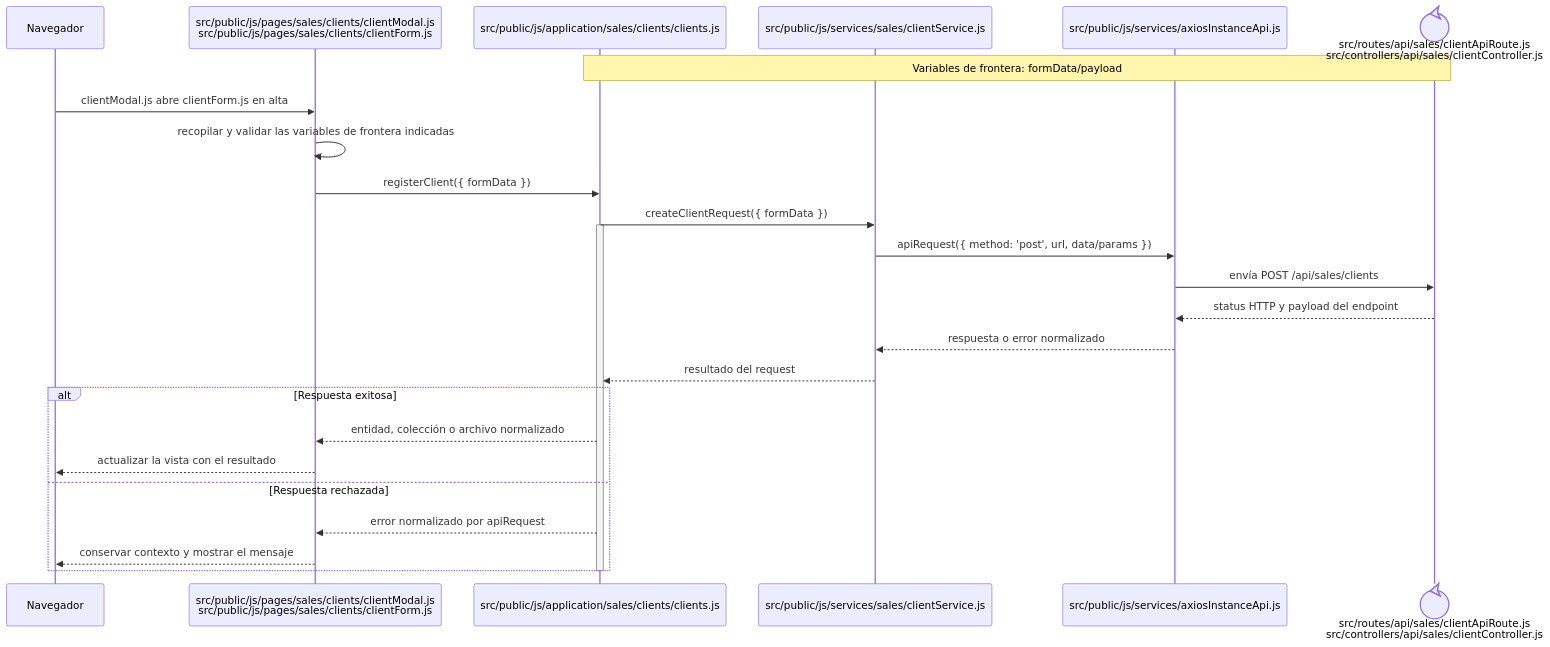
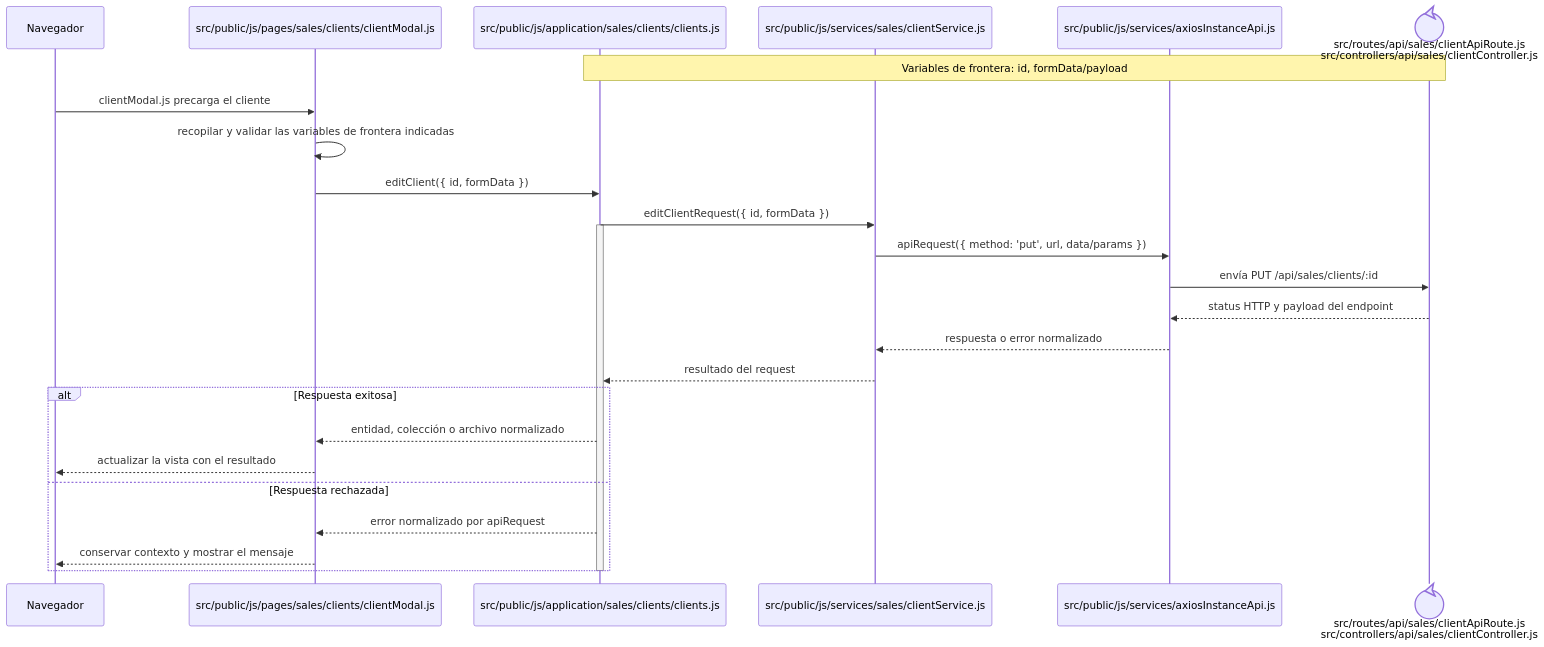
The diagram in docs/architecture/frontend-code-sequences/catalogs/cu-cat-16.md (gpgsistemas01/nexus), drawn with Mermaid before and after one commit. The commit also changed other lines of this file and 207 other files, not shown here.

````diff
--- a/docs/architecture/frontend-code-sequences/catalogs/cu-cat-16.md
+++ b/docs/architecture/frontend-code-sequences/catalogs/cu-cat-16.md
@@ -6,29 +6,29 @@
 ```mermaid
 sequenceDiagram
     participant Browser as Navegador
-    participant View as src/public/js/pages/sales/clients/clientModal.js<br/>src/public/js/pages/sales/clients/clientForm.js
+    participant View as src/public/js/pages/sales/clients/clientModal.js
     participant Application as src/public/js/application/sales/clients/clients.js
     participant Request as src/public/js/services/sales/clientService.js
     participant HTTP as src/public/js/services/axiosInstanceApi.js
     participant Transport@{ "type": "control" } as src/routes/api/sales/clientApiRoute.js<br/>src/controllers/api/sales/clientController.js
-    Note over Application,Transport: Variables de frontera: formData/payload
+    Note over Application,Transport: Variables de frontera: id, formData/payload
 
-    Browser->>View: clientModal.js abre clientForm.js en alta
+    Browser->>View: clientModal.js precarga el cliente
     View->>View: recopilar y validar las variables de frontera indicadas
-    View->>Application: registerClient({ formData })
-    Application->>Request: createClientRequest({ formData })
+    View->>Application: editClient({ id, formData })
+    Application->>Request: editClientRequest({ id, formData })
     activate Application
-    Request->>HTTP: apiRequest({ method: 'post', url, data/params })
-    HTTP->>Transport: envía POST /api/sales/clients
+    Request->>HTTP: apiRequest({ method: 'put', url, data/params })
+    HTTP->>Transport: envía PUT /api/sales/clients/:id
     Transport-->>HTTP: status HTTP y payload del endpoint
     HTTP-->>Request: respuesta o error normalizado
     Request-->>Application: resultado del request
     alt Respuesta exitosa
         Application-->>View: entidad, colección o archivo normalizado
         View-->>Browser: actualizar la vista con el resultado
     else Respuesta rechazada
         Application-->>View: error normalizado por apiRequest
         View-->>Browser: conservar contexto y mostrar el mensaje
     end
     deactivate Application
 ```
````
